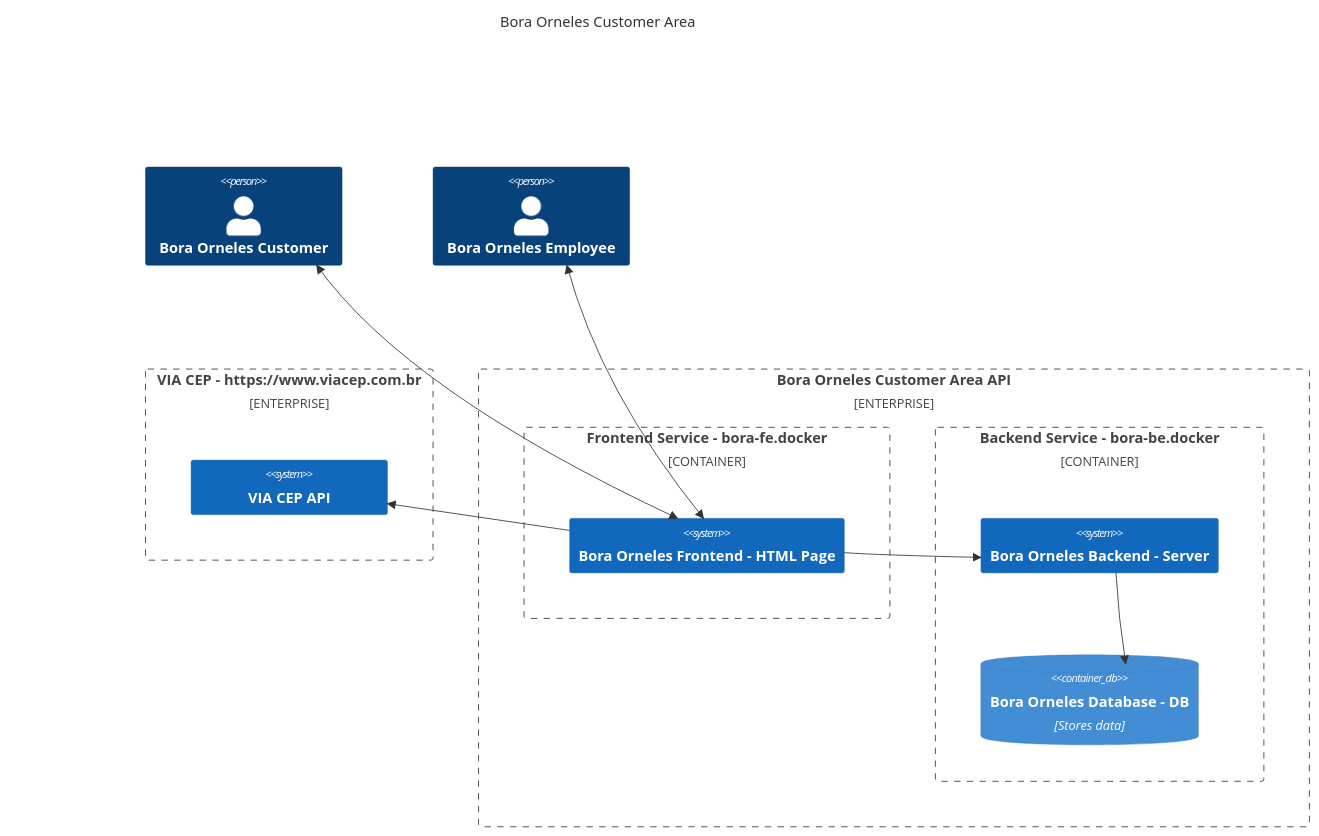
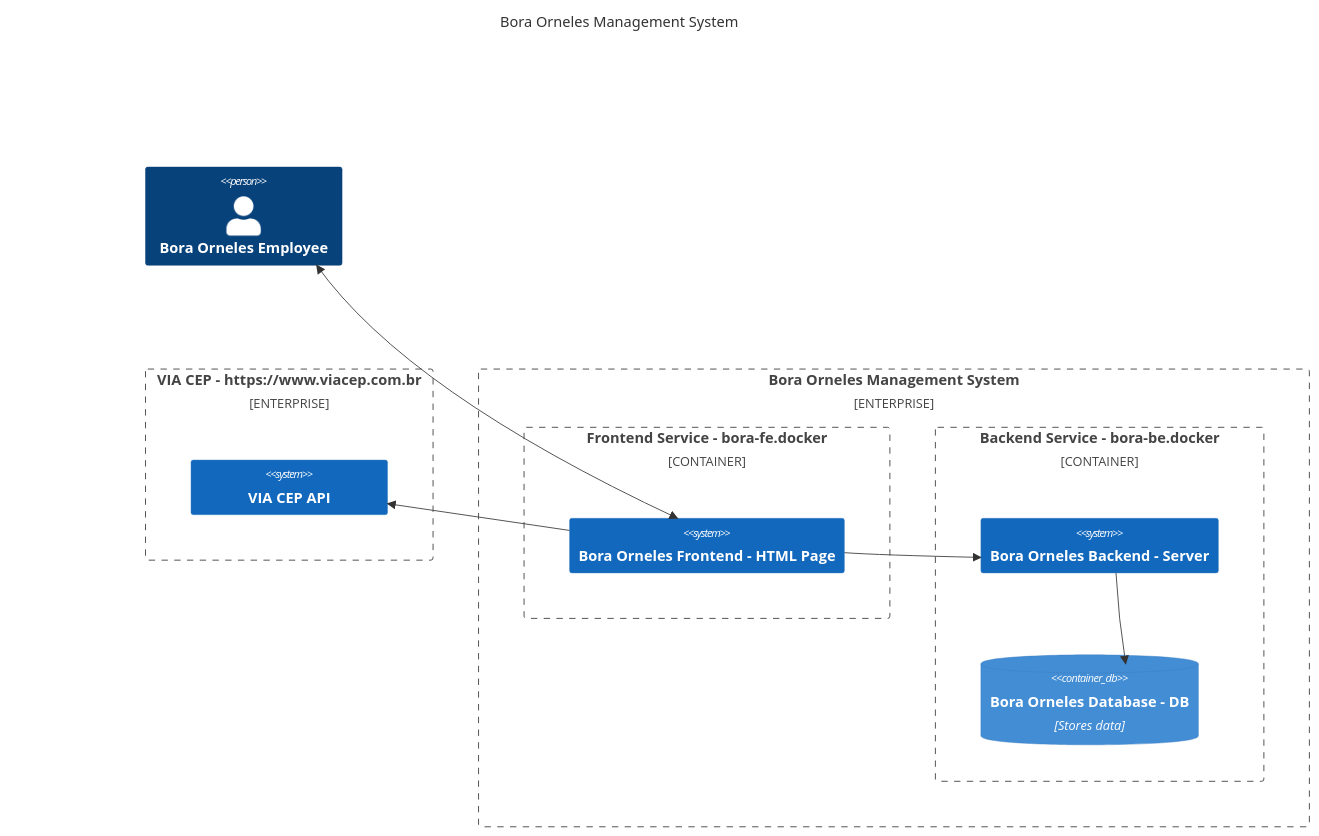
Before and after one commit to fonsecarsrodrigo/MVP2_backend: the diagram in README.md, drawn with Mermaid. The commit also changed other lines of this file, not shown here.

````diff
--- a/README.md
+++ b/README.md
@@ -8,31 +8,29 @@
 ```mermaid
 C4Context
-    title Bora Orneles Customer Area
-        Person(customerA, "Bora Orneles Customer")
+    title Bora Orneles Management System
         Person(employeeA, "Bora Orneles Employee")
 
     Enterprise_Boundary(b1, "VIA CEP - https://www.viacep.com.br")
     {
         System(VIA_CEP-API, "VIA CEP API")
         Rel(Bora-FE, VIA_CEP-API, "")
     }
 
-    Enterprise_Boundary(b0, "Bora Orneles Customer Area API") {
+    Enterprise_Boundary(b0, "Bora Orneles Management System") {
 
-        BiRel(customerA, Bora-FE, "")
         BiRel(employeeA, Bora-FE, "")
 
         Container_Boundary(c0, " Frontend Service - bora-fe.docker") {
             System(Bora-FE, "Bora Orneles Frontend - HTML Page")
             Rel(Bora-FE, Bora-BE, "")
         }
 
 
          Container_Boundary(c1, "Backend Service - bora-be.docker") {
             System(Bora-BE, "Bora Orneles Backend - Server")
             ContainerDb(Bora-DB, "Bora Orneles Database - DB", "Stores data")
   
             Rel(Bora-BE, Bora-DB, "")
          }
     }
 ```
````
